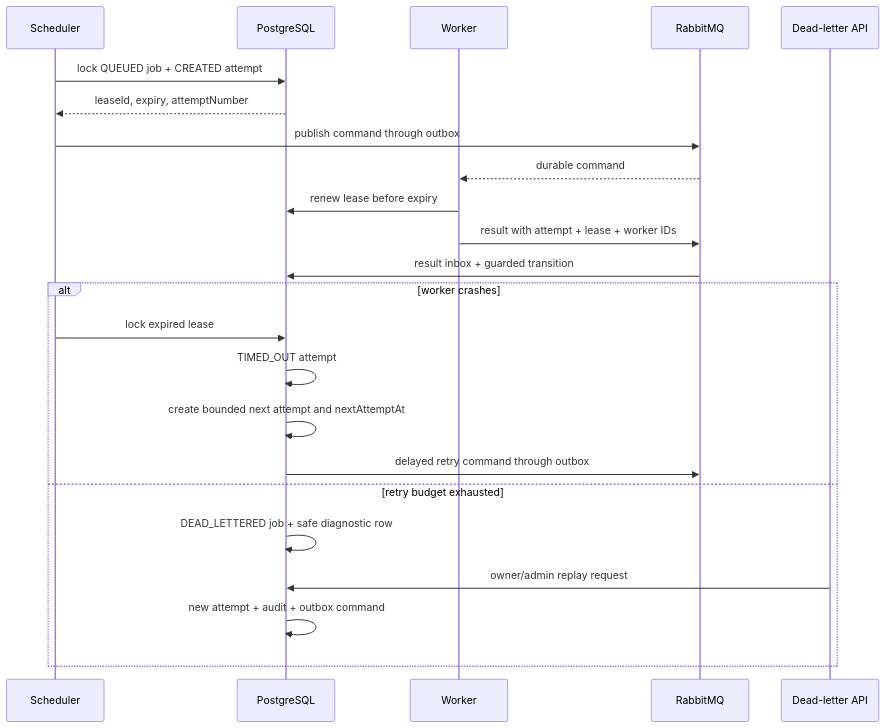
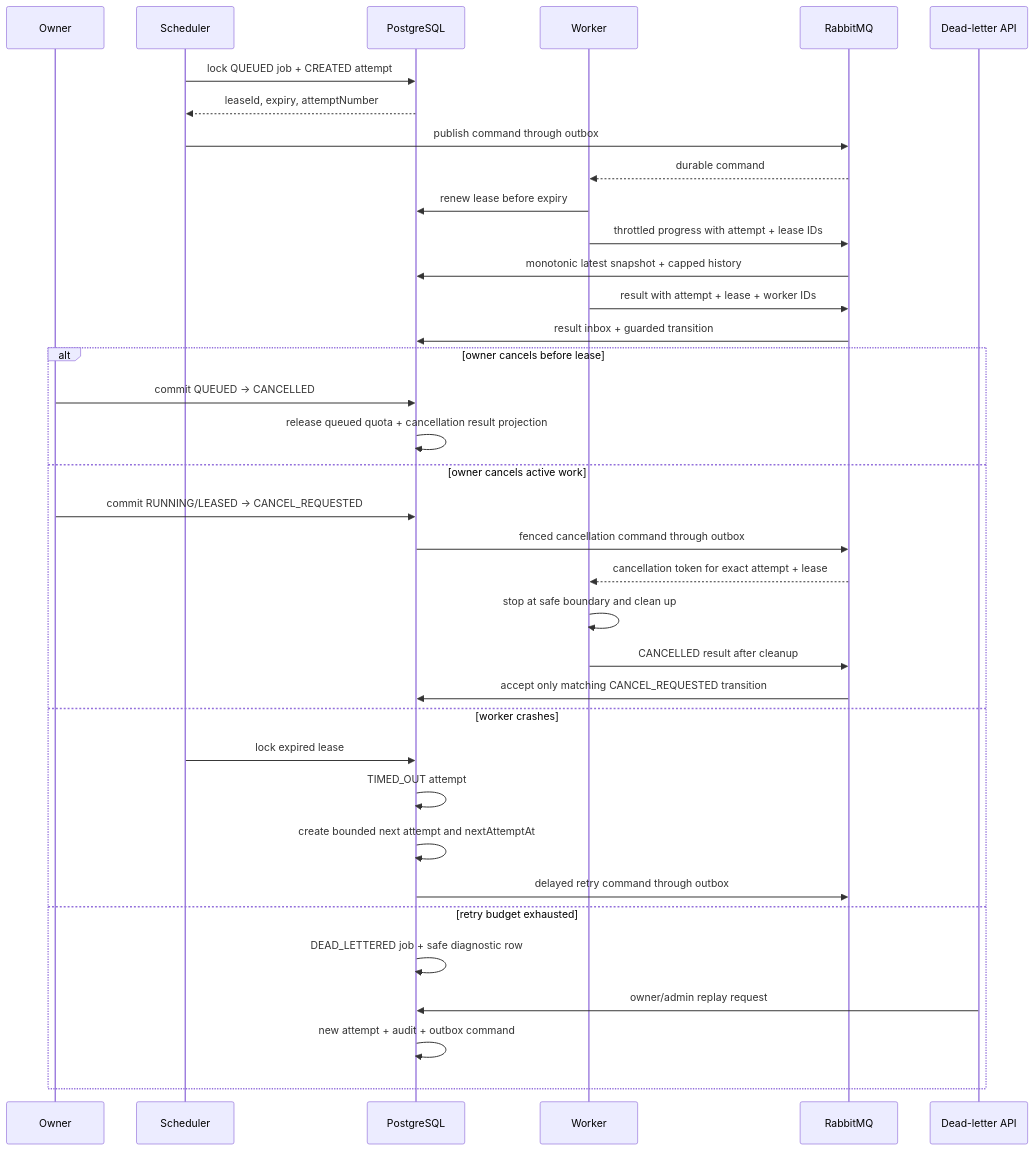
The diagram in docs/architecture/worker-failure-sequence.md (JasonTM17/PipeForge), drawn with Mermaid before and after one commit. The commit also changed other lines of this file and 9 other files, not shown here.

Commit message:
docs(progress): document progress and cancellation lifecycle

````diff
--- a/docs/architecture/worker-failure-sequence.md
+++ b/docs/architecture/worker-failure-sequence.md
@@ -5,26 +5,39 @@
 ```mermaid
 sequenceDiagram
+    participant Owner
     participant Scheduler
     participant PG as PostgreSQL
     participant Worker
     participant MQ as RabbitMQ
     participant DLQ as Dead-letter API
 
     Scheduler->>PG: lock QUEUED job + CREATED attempt
     PG-->>Scheduler: leaseId, expiry, attemptNumber
     Scheduler->>MQ: publish command through outbox
     MQ-->>Worker: durable command
     Worker->>PG: renew lease before expiry
+    Worker->>MQ: throttled progress with attempt + lease IDs
+    MQ->>PG: monotonic latest snapshot + capped history
     Worker->>MQ: result with attempt + lease + worker IDs
     MQ->>PG: result inbox + guarded transition
-    alt worker crashes
+    alt owner cancels before lease
+        Owner->>PG: commit QUEUED -> CANCELLED
+        PG->>PG: release queued quota + cancellation result projection
+    else owner cancels active work
+        Owner->>PG: commit RUNNING/LEASED -> CANCEL_REQUESTED
+        PG->>MQ: fenced cancellation command through outbox
+        MQ-->>Worker: cancellation token for exact attempt + lease
+        Worker->>Worker: stop at safe boundary and clean up
+        Worker->>MQ: CANCELLED result after cleanup
+        MQ->>PG: accept only matching CANCEL_REQUESTED transition
+    else worker crashes
         Scheduler->>PG: lock expired lease
         PG->>PG: TIMED_OUT attempt
         PG->>PG: create bounded next attempt and nextAttemptAt
         PG->>MQ: delayed retry command through outbox
     else retry budget exhausted
         PG->>PG: DEAD_LETTERED job + safe diagnostic row
         DLQ->>PG: owner/admin replay request
         PG->>PG: new attempt + audit + outbox command
     end
 ```
````
